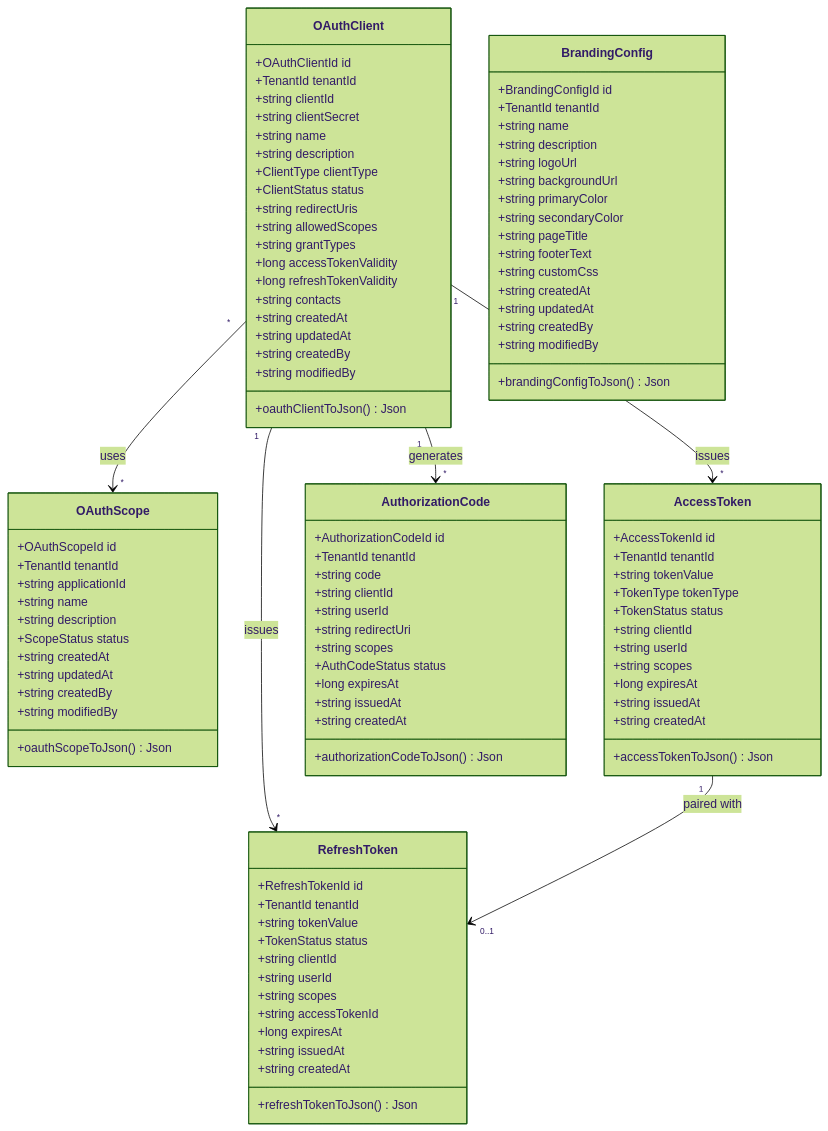
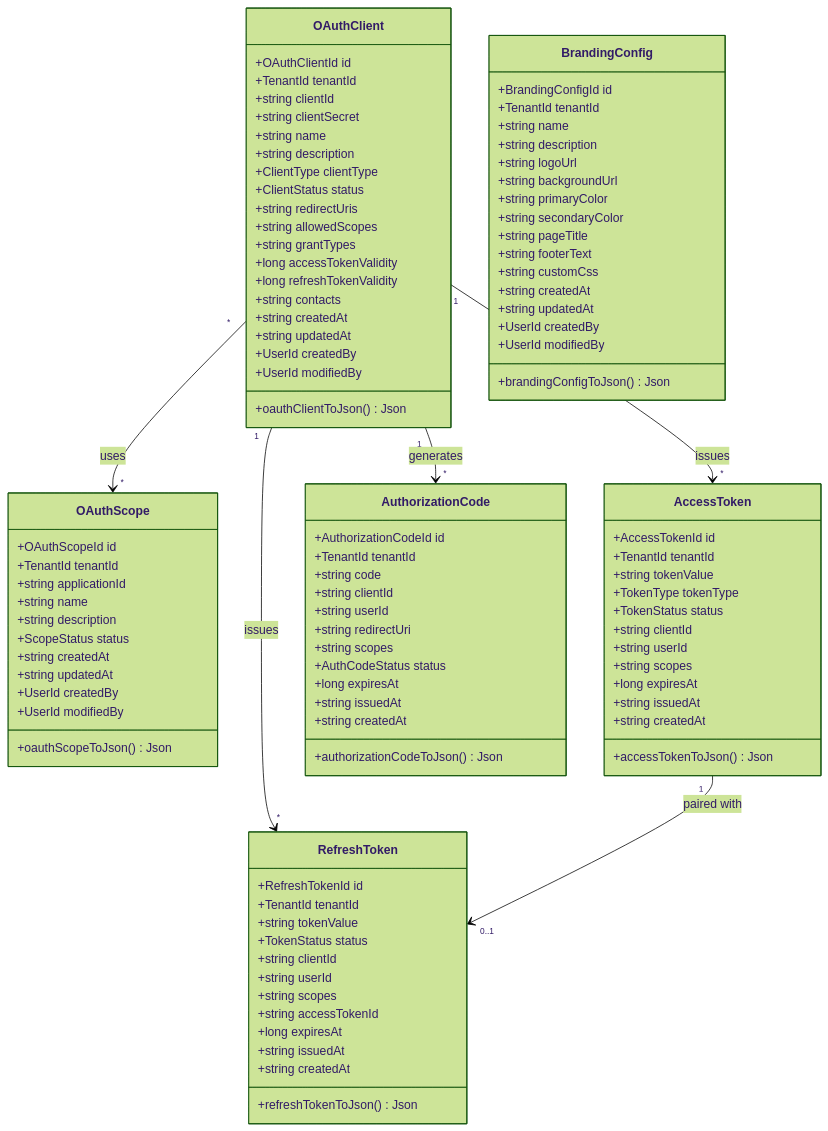
The first of 6 diagrams in oauth/UML.md (UIMSolutions/uim-platform), drawn with Mermaid (forest theme) before and after one commit. The commit also changed 323 other files, not shown here.

```diff
--- a/oauth/UML.md
+++ b/oauth/UML.md
@@ -21,8 +21,8 @@
         +string contacts
         +string createdAt
         +string updatedAt
-        +string createdBy
-        +string modifiedBy
+        +UserId createdBy
+        +UserId modifiedBy
         +oauthClientToJson() Json
     }
 
@@ -35,8 +35,8 @@
         +ScopeStatus status
         +string createdAt
         +string updatedAt
-        +string createdBy
-        +string modifiedBy
+        +UserId createdBy
+        +UserId modifiedBy
         +oauthScopeToJson() Json
     }
 
@@ -99,8 +99,8 @@
         +string customCss
         +string createdAt
         +string updatedAt
-        +string createdBy
-        +string modifiedBy
+        +UserId createdBy
+        +UserId modifiedBy
         +brandingConfigToJson() Json
     }
 
```
